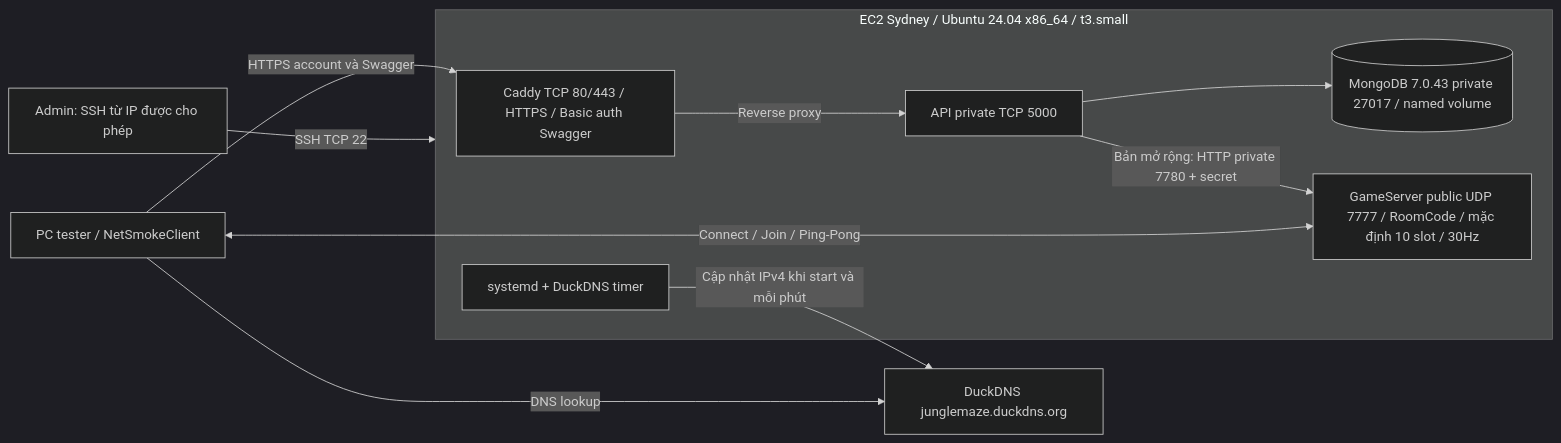
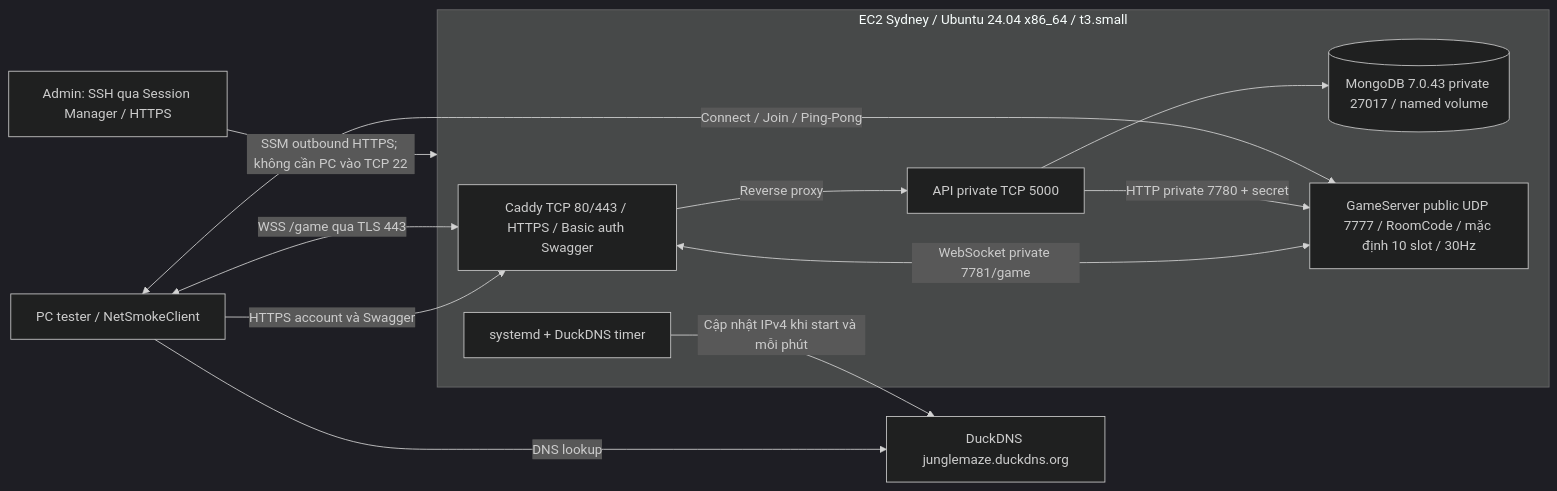
Before and after one commit to Vinhnq19/Jungle_Maze_Survival: the second of 5 diagrams in Docs/Network_Architecture.vi.md, drawn with Mermaid (dark theme). The commit also changed other lines of this file and 46 other files, not shown here.

````diff
--- a/Docs/Network_Architecture.vi.md
+++ b/Docs/Network_Architecture.vi.md
@@ -56,21 +57,23 @@
 ```mermaid
 flowchart LR
     C["PC tester / NetSmokeClient"]
     DNS["DuckDNS junglemaze.duckdns.org"]
-    ADM["Admin: SSH từ IP được cho phép"]
+    ADM["Admin: SSH qua Session Manager / HTTPS"]
     subgraph E["EC2 Sydney / Ubuntu 24.04 x86_64 / t3.small"]
         P["Caddy TCP 80/443 / HTTPS / Basic auth Swagger"]
         A["API private TCP 5000"]
         M[("MongoDB 7.0.43 private 27017 / named volume")]
         G["GameServer public UDP 7777 / RoomCode / mặc định 10 slot / 30Hz"]
         S["systemd + DuckDNS timer"]
     end
     C -->|"DNS lookup"| DNS
     C -->|"HTTPS account và Swagger"| P
     P -->|"Reverse proxy"| A
+    C <-->|"WSS /game qua TLS 443"| P
+    P <-->|"WebSocket private 7781/game"| G
     A --> M
-    A -->|"Bản mở rộng: HTTP private 7780 + secret"| G
+    A -->|"HTTP private 7780 + secret"| G
     C <-->|"Connect / Join / Ping-Pong"| G
-    ADM -->|"SSH TCP 22"| E
+    ADM -->|"SSM outbound HTTPS; không cần PC vào TCP 22"| E
     S -->|"Cập nhật IPv4 khi start và mỗi phút"| DNS
 ```
````
